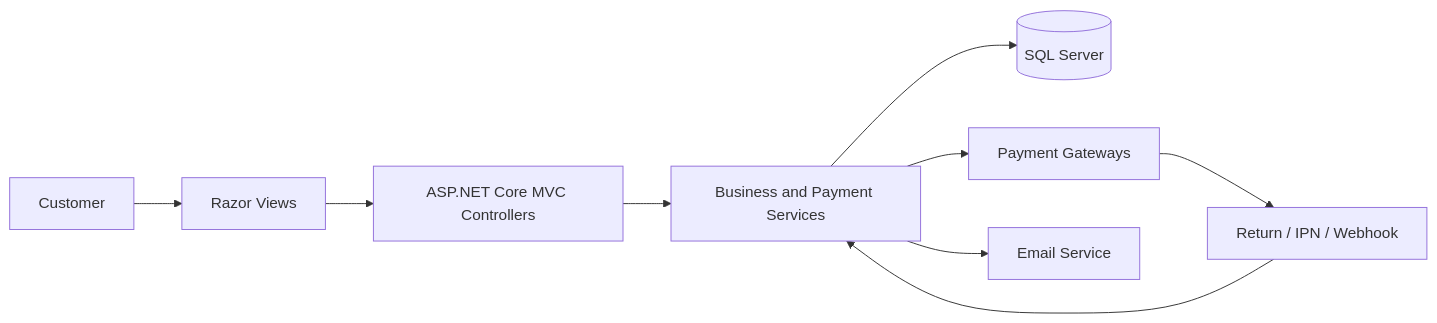
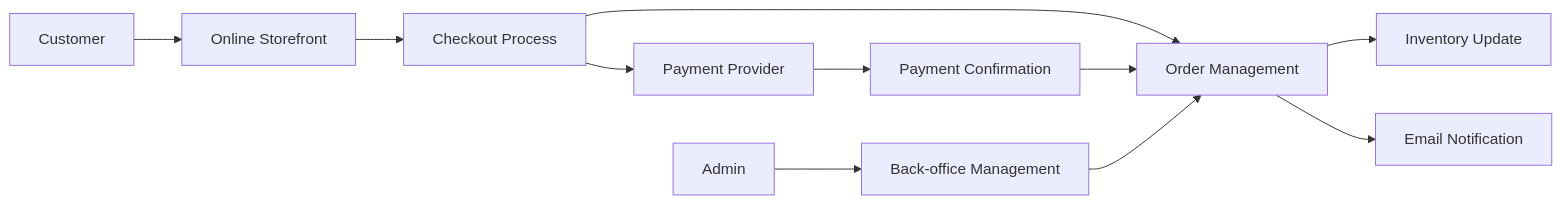
Before and after one commit to ngxuanvan/ReSip-Multi-Payment-E-Commerce: the second of 7 diagrams in README.md, drawn with Mermaid. The commit also changed other lines of this file, not shown here.

Commit message:
docs: refine README diagrams for BA perspective

````diff
--- a/README.md
+++ b/README.md
@@ -96,11 +96,13 @@
 ```mermaid
 flowchart LR
-    Customer[Customer] --> Views[Razor Views]
-    Views --> Controllers[ASP.NET Core MVC Controllers]
-    Controllers --> Services[Business and Payment Services]
-    Services --> Database[(SQL Server)]
-    Services --> Gateways[Payment Gateways]
-    Gateways --> Callbacks[Return / IPN / Webhook]
-    Callbacks --> Services
-    Services --> Email[Email Service]
+    Customer[Customer] --> Storefront[Online Storefront]
+    Storefront --> Checkout[Checkout Process]
+    Checkout --> Order[Order Management]
+    Checkout --> Payment[Payment Provider]
+    Payment --> Confirmation[Payment Confirmation]
+    Confirmation --> Order
+    Order --> Inventory[Inventory Update]
+    Order --> Notification[Email Notification]
+    Admin[Admin] --> BackOffice[Back-office Management]
+    BackOffice --> Order
 ```
````
